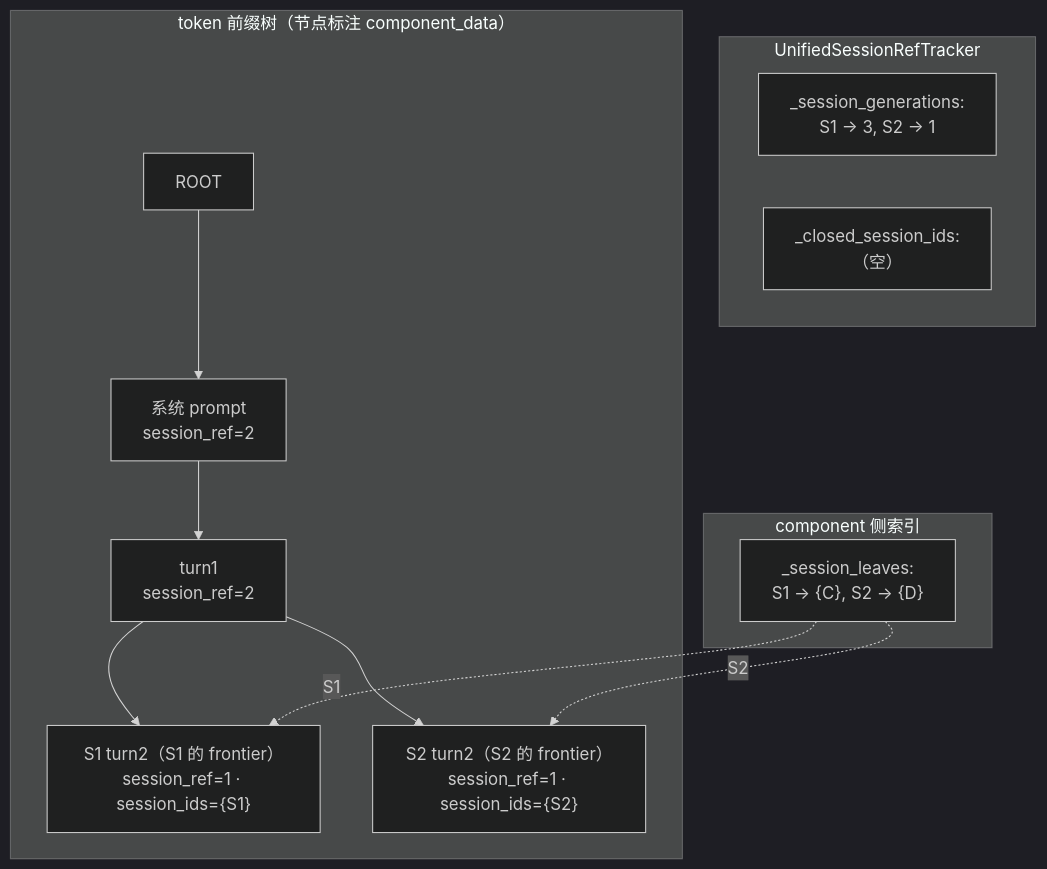
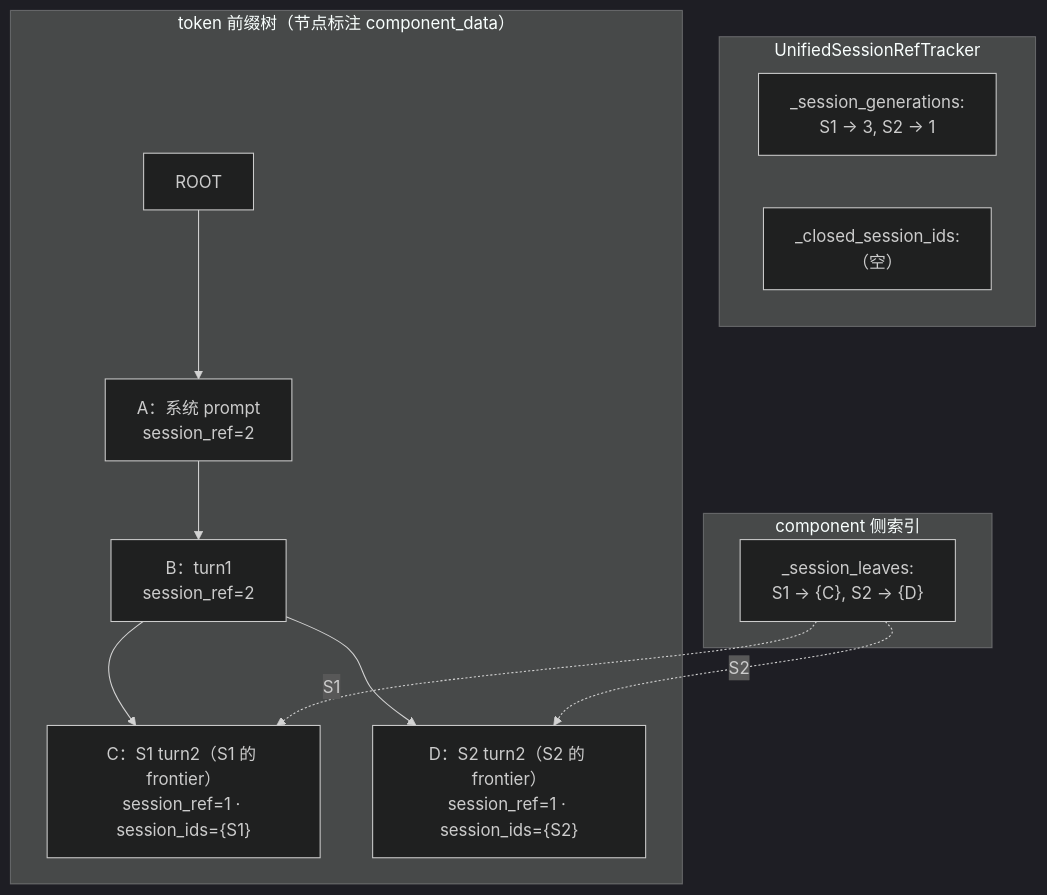
One commit to 5x8-40/lake changed the diagram in docs/research/sglang/agentic-kv-roadmap.md. Above: the diagram before and after it, drawn with Mermaid (dark theme).

Commit message:
docs: mermaid 树节点标签显式带 A/B/C/D 字母，与配合规则对照

````diff
--- a/docs/research/sglang/agentic-kv-roadmap.md
+++ b/docs/research/sglang/agentic-kv-roadmap.md
@@ -95,18 +95,18 @@
 ```mermaid
 flowchart TB
     subgraph TRK["UnifiedSessionRefTracker"]
         GEN["_session_generations:<br/>S1 → 3, S2 → 1"]
         TOMB["_closed_session_ids:<br/>（空）"]
     end
     subgraph CMP["component 侧索引"]
         SL["_session_leaves:<br/>S1 → {C}, S2 → {D}"]
     end
     subgraph TREE["token 前缀树（节点标注 component_data）"]
-        R["ROOT"] --> A["系统 prompt<br/>session_ref=2"]
-        A --> B["turn1<br/>session_ref=2"]
-        B --> C["S1 turn2（S1 的 frontier）<br/>session_ref=1 · session_ids={S1}"]
-        B --> D["S2 turn2（S2 的 frontier）<br/>session_ref=1 · session_ids={S2}"]
+        R["ROOT"] --> A["A：系统 prompt<br/>session_ref=2"]
+        A --> B["B：turn1<br/>session_ref=2"]
+        B --> C["C：S1 turn2（S1 的 frontier）<br/>session_ref=1 · session_ids={S1}"]
+        B --> D["D：S2 turn2（S2 的 frontier）<br/>session_ref=1 · session_ids={S2}"]
     end
     SL -. S1 .-> C
     SL -. S2 .-> D
 ```
````
